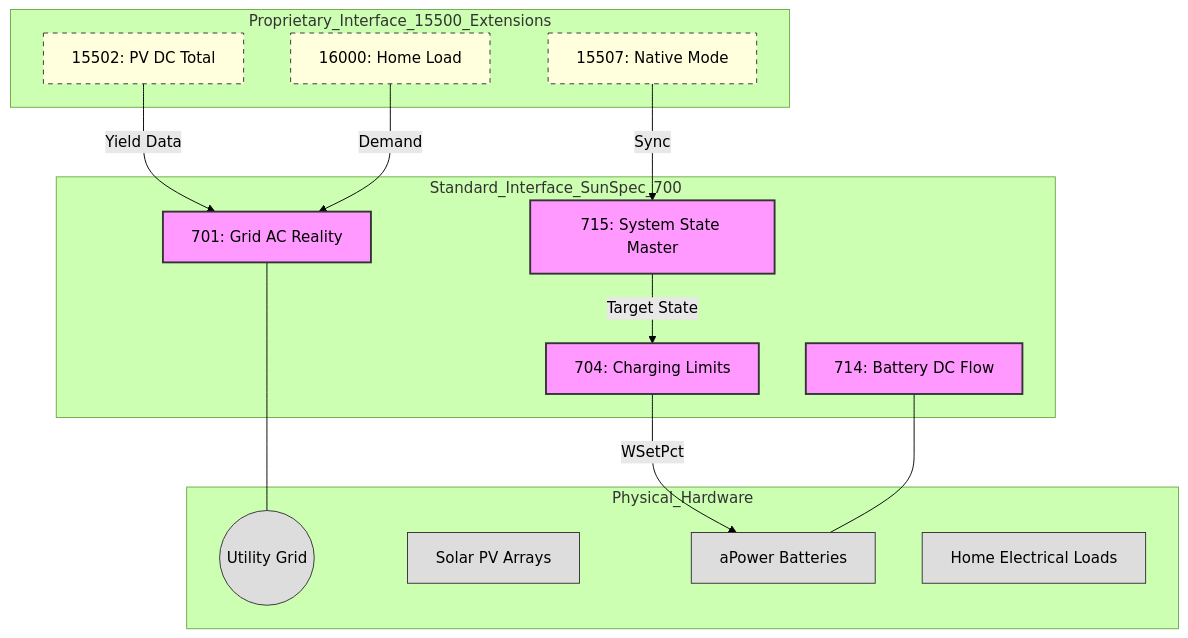
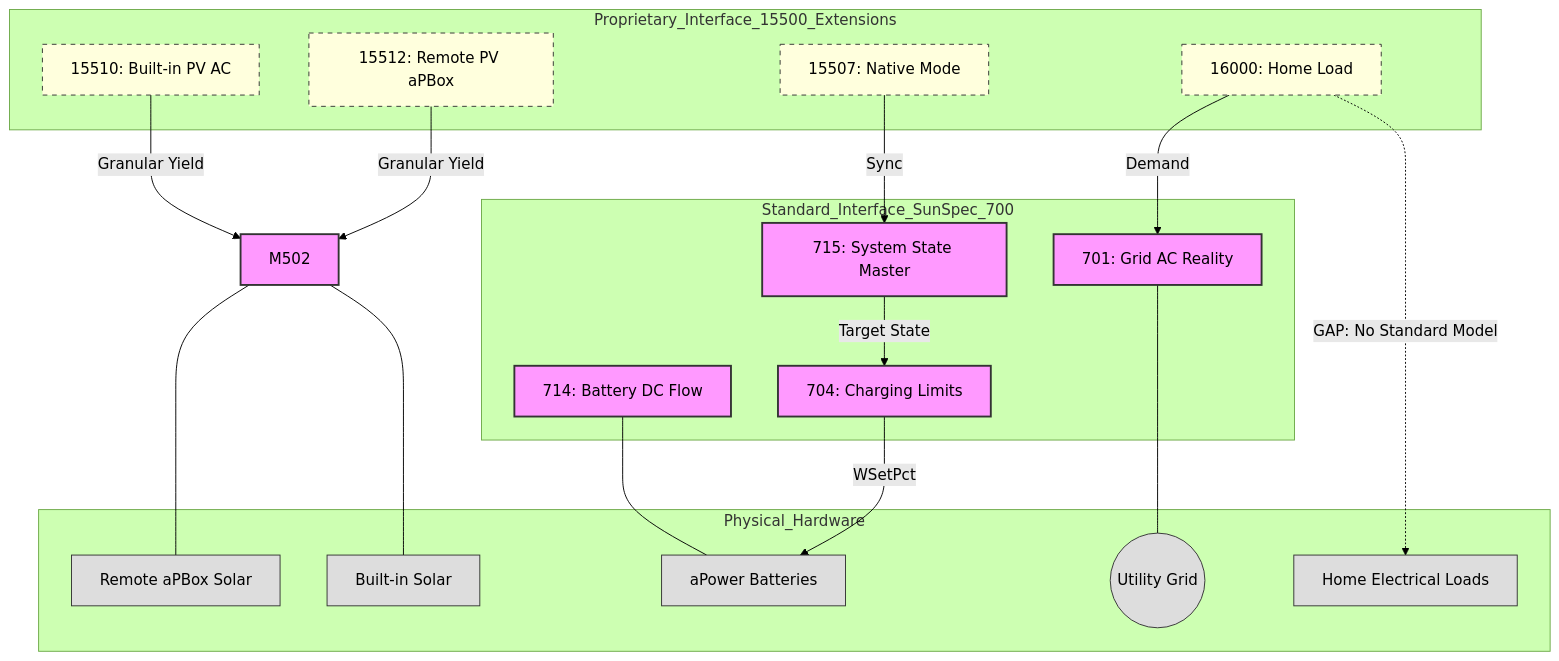
One commit to balloobbot/franklinwh-modbus changed the diagram in docs/SUNSPEC_700_INTEROP_GUIDE.md. Above: the diagram before and after it, drawn with Mermaid (forest theme).

Commit message:
docs: expand interop diagram with PV breakdown and home load gaps

````diff
--- a/docs/SUNSPEC_700_INTEROP_GUIDE.md
+++ b/docs/SUNSPEC_700_INTEROP_GUIDE.md
@@ -19,41 +19,47 @@
 ```mermaid
 graph TD
     subgraph Standard_Interface_SunSpec_700
         M701[701: Grid AC Reality]
         M714[714: Battery DC Flow]
         M704[704: Charging Limits]
         M715[715: System State Master]
     end
 
     subgraph Proprietary_Interface_15500_Extensions
-        EXT_PV[15502: PV DC Total]
+        EXT_PV_AC[15510: Built-in PV AC]
+        EXT_PV_REM[15512: Remote PV aPBox]
         EXT_MODE[15507: Native Mode]
         EXT_LOAD[16000: Home Load]
     end
 
     subgraph Physical_Hardware
         GRID((Utility Grid))
-        PV[Solar PV Arrays]
+        PV_INT[Built-in Solar]
+        PV_EXT[Remote aPBox Solar]
         BAT[aPower Batteries]
         LOADS[Home Electrical Loads]
     end
 
     %% Standard Logic
     M715 -->|Target State| M704
     M704 -->|WSetPct| BAT
     M714 --- BAT
     M701 --- GRID
+    M502 --- PV_INT
+    M502 --- PV_EXT
 
-    %% Extension Logic
-    EXT_PV -->|Yield Data| M701
+    %% Extension Logic (Filling the Gaps)
+    EXT_PV_AC -->|Granular Yield| M502
+    EXT_PV_REM -->|Granular Yield| M502
+    EXT_LOAD -.->|GAP: No Standard Model| LOADS
     EXT_MODE -->|Sync| M715
     EXT_LOAD -->|Demand| M701
 
     classDef standard fill:#f9f,stroke:#333,stroke-width:2px;
     classDef extension fill:#ffd,stroke:#333,stroke-dasharray: 5 5;
     classDef physical fill:#ddd,stroke:#333;
 
-    class M701,M714,M704,M715 standard;
-    class EXT_PV,EXT_MODE,EXT_LOAD extension;
-    class GRID,PV,BAT,LOADS physical;
+    class M701,M714,M704,M715,M502 standard;
+    class EXT_PV_AC,EXT_PV_REM,EXT_MODE,EXT_LOAD extension;
+    class GRID,PV_INT,PV_EXT,BAT,LOADS physical;
 ```
````
